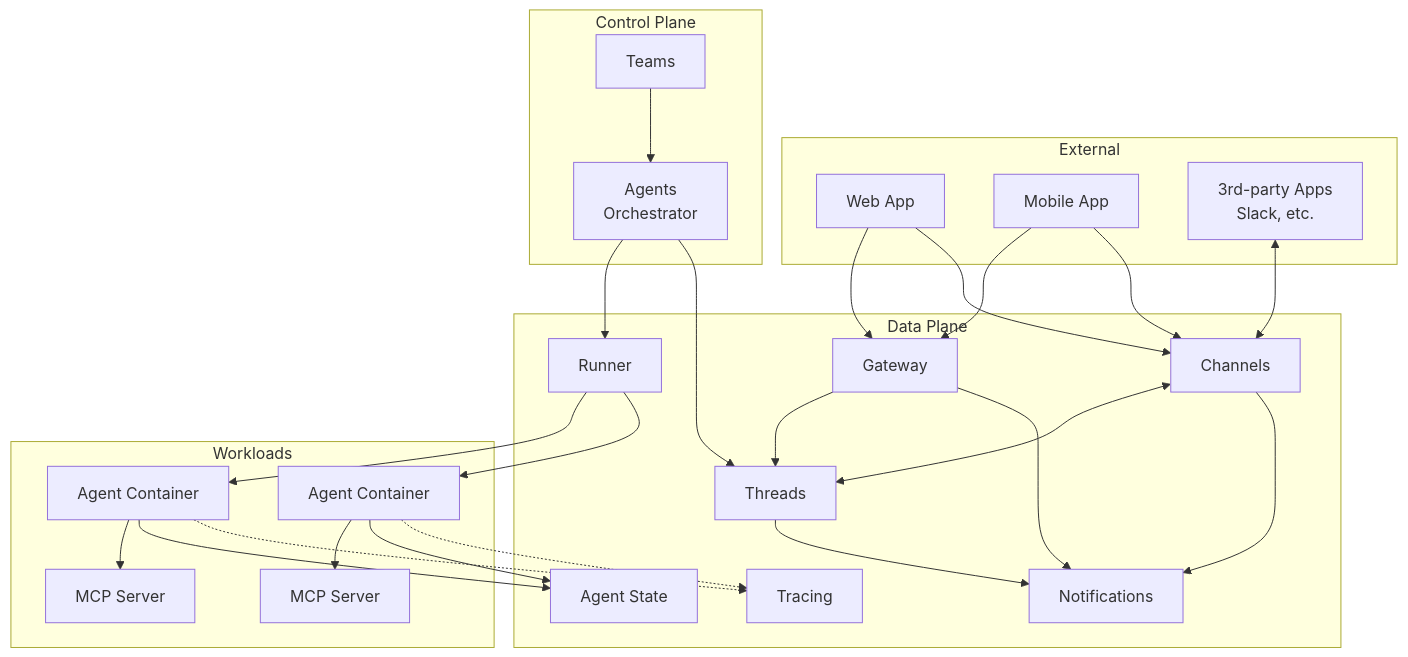
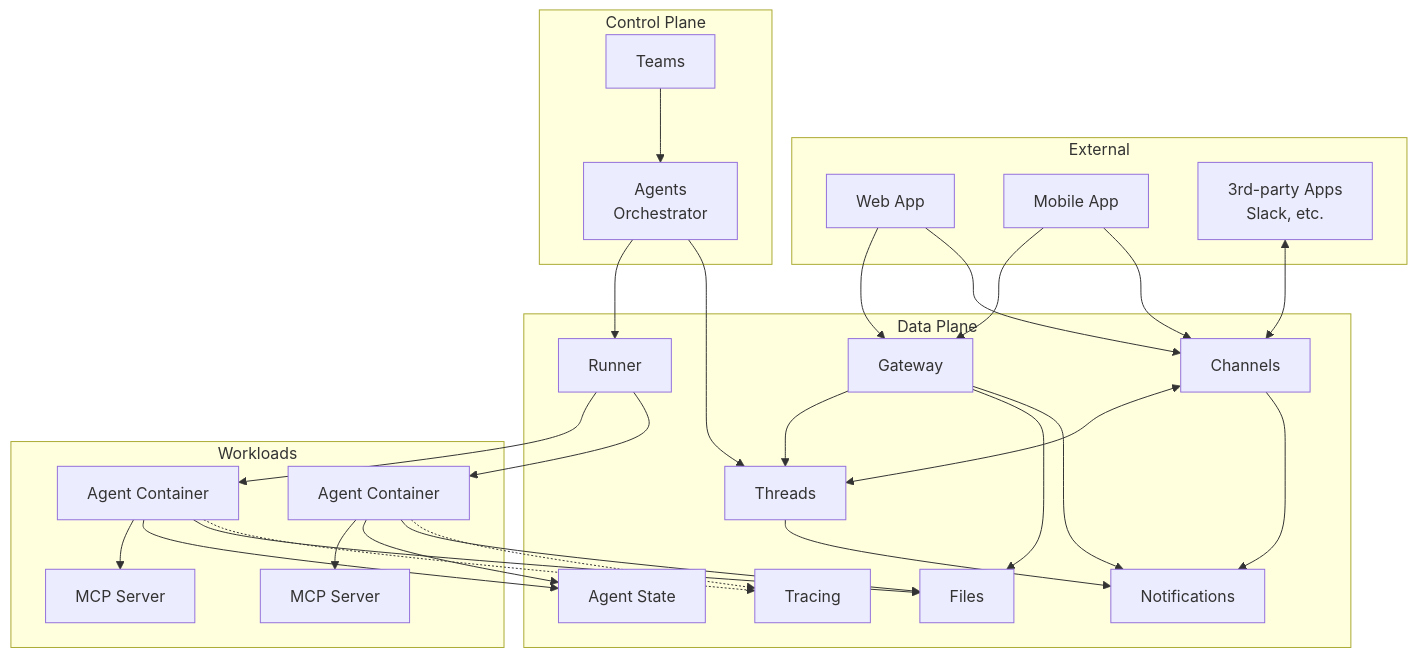
The diagram in architecture/system-overview.md (agynio/architecture), drawn with Mermaid before and after one commit. The commit also changed other lines of this file and 3 other files, not shown here.

````diff
--- a/architecture/system-overview.md
+++ b/architecture/system-overview.md
@@ -7,51 +7,54 @@
 ```mermaid
 graph TB
     subgraph External
         WebApp[Web App]
         MobileApp[Mobile App]
         ThirdParty[3rd-party Apps<br/>Slack, etc.]
     end
 
     subgraph Control Plane
         Teams[Teams]
         AgentsOrch[Agents<br/>Orchestrator]
     end
 
     subgraph Data Plane
         Gateway[Gateway]
         Channels[Channels]
         Threads[Threads]
+        Files[Files]
         Notifications[Notifications]
         Runner[Runner]
         AgentState[Agent State]
         Tracing[Tracing]
     end
 
     subgraph Workloads
         Agent1[Agent Container]
         Agent2[Agent Container]
         MCP1[MCP Server]
         MCP2[MCP Server]
     end
 
     WebApp & MobileApp --> Gateway
     ThirdParty <--> Channels
     WebApp & MobileApp --> Channels
 
     Gateway --> Threads
+    Gateway --> Files
     Gateway --> Notifications
     Channels <--> Threads
     Channels --> Notifications
 
     Threads --> Notifications
     AgentsOrch --> Runner
     AgentsOrch --> Threads
 
     Runner --> Agent1 & Agent2
     Agent1 --> MCP1
     Agent2 --> MCP2
     Agent1 & Agent2 --> AgentState
+    Agent1 & Agent2 --> Files
     Agent1 & Agent2 -.-> Tracing
 
     Teams --> AgentsOrch
 ```
````
